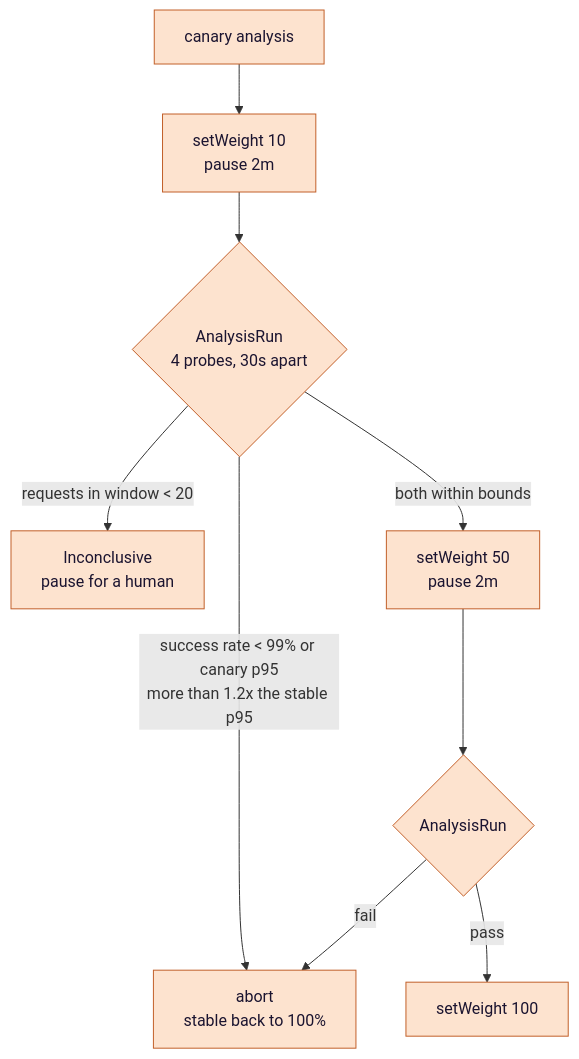
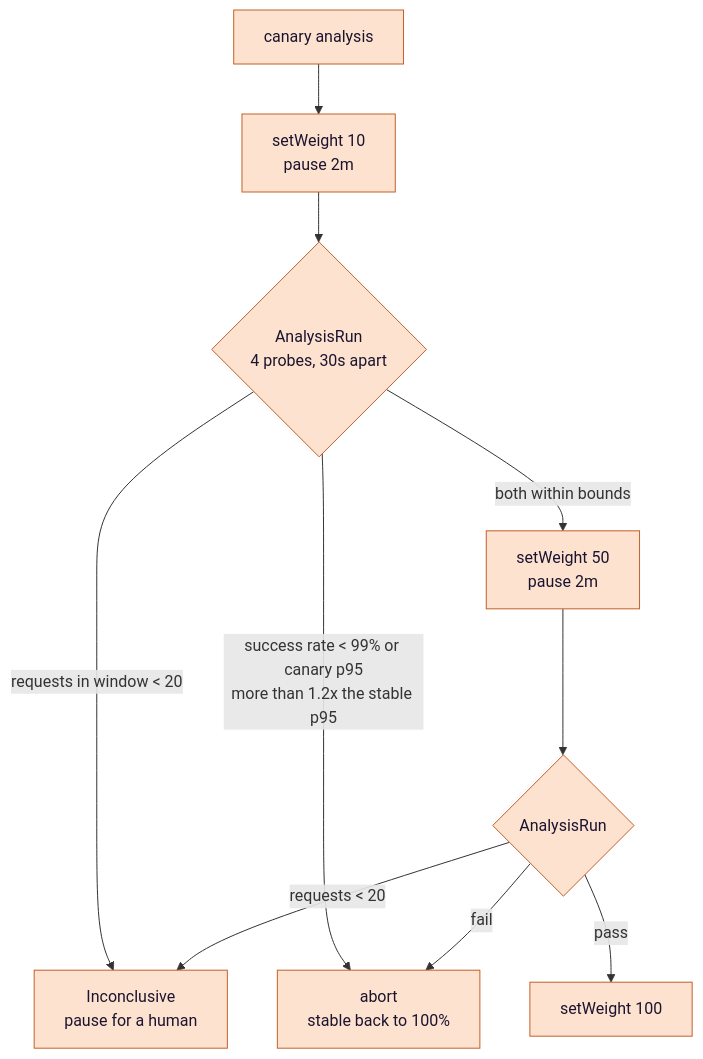
One commit to biabeogo147/Anime-Recommender changed the fourth of 4 diagrams in README.md. Above: the diagram before and after it, drawn with Mermaid. The commit also changed other lines of this file and 17 other files, not shown here.

````diff
--- a/README.md
+++ b/README.md
@@ -202,14 +206,15 @@
 ```mermaid
 flowchart TB
     CANARY["canary analysis"] --> W10["setWeight 10<br/>pause 2m"]
     W10 --> RUN1{"AnalysisRun<br/>4 probes, 30s apart"}
     RUN1 -->|"requests in window < 20"| INC["Inconclusive<br/>pause for a human"]
     RUN1 -->|"success rate < 99% or canary p95<br/>more than 1.2x the stable p95"| BACK["abort<br/>stable back to 100%"]
     RUN1 -->|"both within bounds"| W50["setWeight 50<br/>pause 2m"]
     W50 --> RUN2{"AnalysisRun"}
+    RUN2 -->|"requests < 20"| INC
     RUN2 -->|"fail"| BACK
     RUN2 -->|"pass"| DONE["setWeight 100"]
 
     classDef argo fill:#fde3cf,stroke:#c2602a,color:#1b1430;
     class CANARY,W10,W50,RUN1,RUN2,DONE,INC,BACK argo
 ```
````
